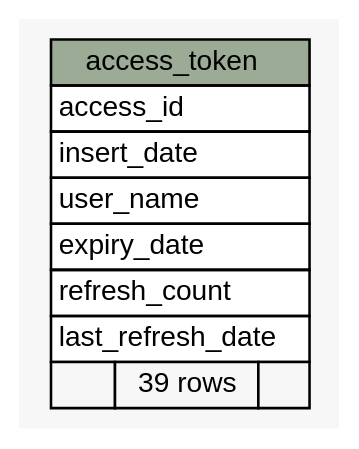
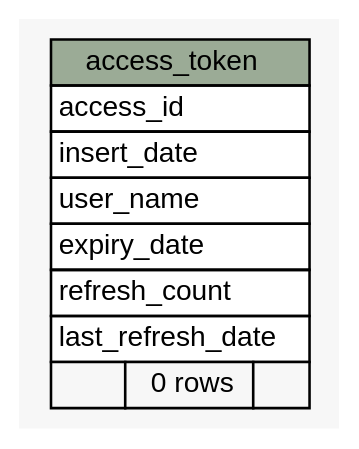
Before and after one commit to engineerscraft/hrms: the diagram in docs/database/schemaspy/graphs/summary/access_token.1degree.dot, drawn with Graphviz. The commit also changed 235 other files, not shown here.

Commit message:
Updated schemaspy

```diff
--- a/docs/database/schemaspy/graphs/summary/access_token.1degree.dot
+++ b/docs/database/schemaspy/graphs/summary/access_token.1degree.dot
@@ -1,30 +1,30 @@
-// dot 2.38.0 on Windows 7 6.1
+// dot 2.38.0 on Windows 8.1 6.3
 digraph "access_token" {
   graph [
     rankdir="RL"
     bgcolor="#f7f7f7"
   ];
   node [
     fontname="Helvetica"
     fontsize="11"
     shape="plaintext"
   ];
   edge [
     arrowsize="0.8"
   ];
   "access_token" [
     label=<
     <TABLE BORDER="0" CELLBORDER="1" CELLSPACING="0" BGCOLOR="#ffffff">
       <TR><TD PORT="access_token.heading" COLSPAN="3" BGCOLOR="#9bab96" ALIGN="CENTER">access_token</TD></TR>
       <TR><TD PORT="access_id" COLSPAN="3" ALIGN="LEFT">access_id</TD></TR>
       <TR><TD PORT="insert_date" COLSPAN="3" ALIGN="LEFT">insert_date</TD></TR>
       <TR><TD PORT="user_name" COLSPAN="3" ALIGN="LEFT">user_name</TD></TR>
       <TR><TD PORT="expiry_date" COLSPAN="3" ALIGN="LEFT">expiry_date</TD></TR>
       <TR><TD PORT="refresh_count" COLSPAN="3" ALIGN="LEFT">refresh_count</TD></TR>
       <TR><TD PORT="last_refresh_date" COLSPAN="3" ALIGN="LEFT">last_refresh_date</TD></TR>
-      <TR><TD ALIGN="LEFT" BGCOLOR="#f7f7f7">  </TD><TD ALIGN="RIGHT" BGCOLOR="#f7f7f7">39 rows</TD><TD ALIGN="RIGHT" BGCOLOR="#f7f7f7">  </TD></TR>
+      <TR><TD ALIGN="LEFT" BGCOLOR="#f7f7f7">  </TD><TD ALIGN="RIGHT" BGCOLOR="#f7f7f7">0 rows</TD><TD ALIGN="RIGHT" BGCOLOR="#f7f7f7">  </TD></TR>
     </TABLE>>
     URL="tables/access_token.html#"
     tooltip="access_token"
   ];
 }
```
